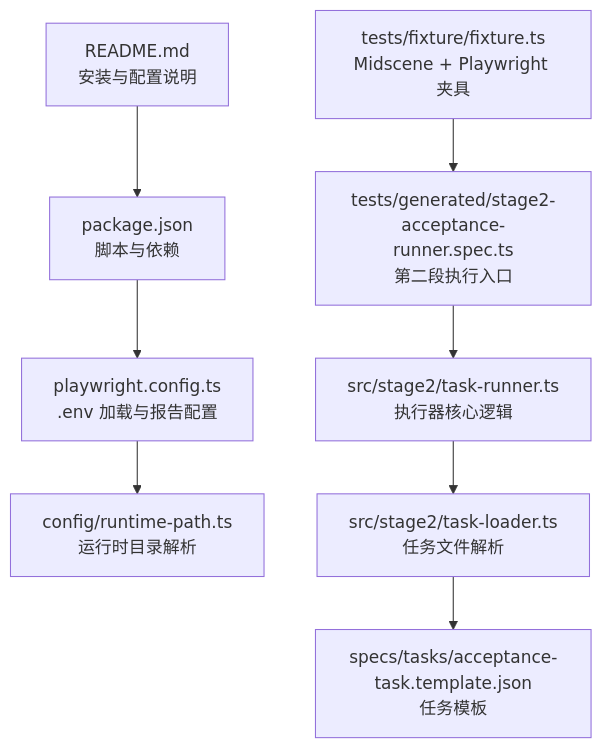
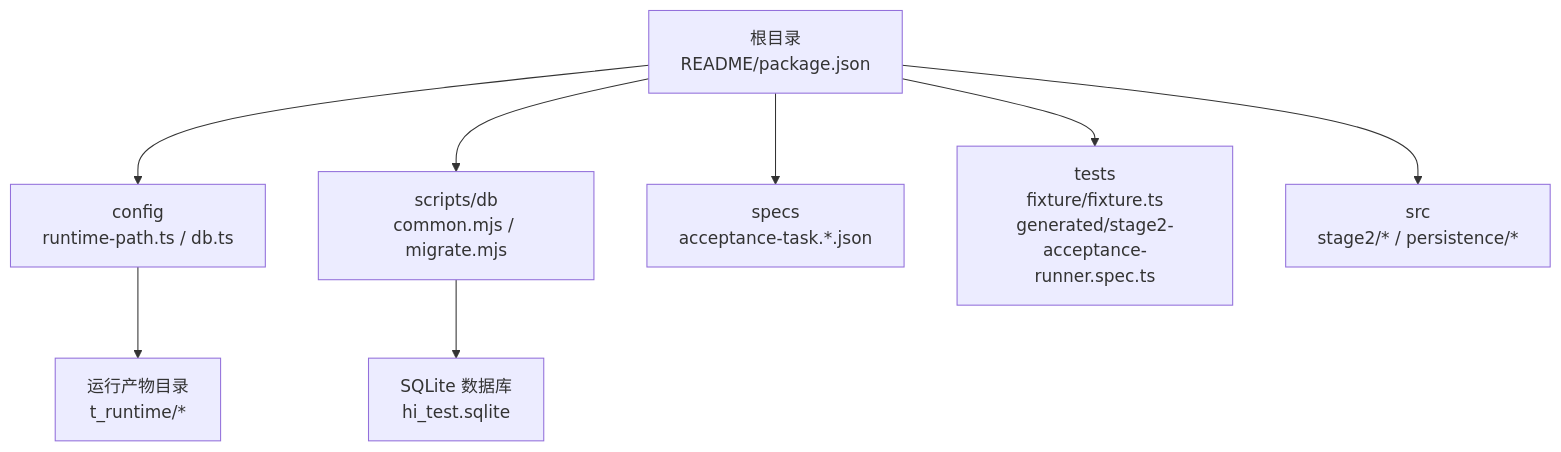
Before and after one commit to Jiane-EJ/playwright-mind: the first of 6 diagrams in .qoder/repowiki/zh/content/快速开始.md, drawn with Mermaid. The commit also changed other lines of this file and 121 other files, not shown here.

````diff
--- a/.qoder/repowiki/zh/content/快速开始.md
+++ b/.qoder/repowiki/zh/content/快速开始.md
@@ -51,10 +44,10 @@
 ```mermaid
 graph TB
-A["README.md<br/>安装与配置说明"] --> B["package.json<br/>脚本与依赖"]
-B --> C["playwright.config.ts<br/>.env 加载与报告配置"]
-C --> D["config/runtime-path.ts<br/>运行时目录解析"]
-E["tests/fixture/fixture.ts<br/>Midscene + Playwright 夹具"] --> F["tests/generated/stage2-acceptance-runner.spec.ts<br/>第二段执行入口"]
-F --> G["src/stage2/task-runner.ts<br/>执行器核心逻辑"]
-G --> H["src/stage2/task-loader.ts<br/>任务文件解析"]
-H --> I["specs/tasks/acceptance-task.template.json<br/>任务模板"]
+A["根目录<br/>README/package.json"] --> B["config<br/>runtime-path.ts / db.ts"]
+A --> C["scripts/db<br/>common.mjs / migrate.mjs"]
+A --> D["specs<br/>acceptance-task.*.json"]
+A --> E["tests<br/>fixture/fixture.ts<br/>generated/stage2-acceptance-runner.spec.ts"]
+A --> F["src<br/>stage2/* / persistence/*"]
+B --> G["运行产物目录<br/>t_runtime/*"]
+C --> H["SQLite 数据库<br/>hi_test.sqlite"]
 ```
````
